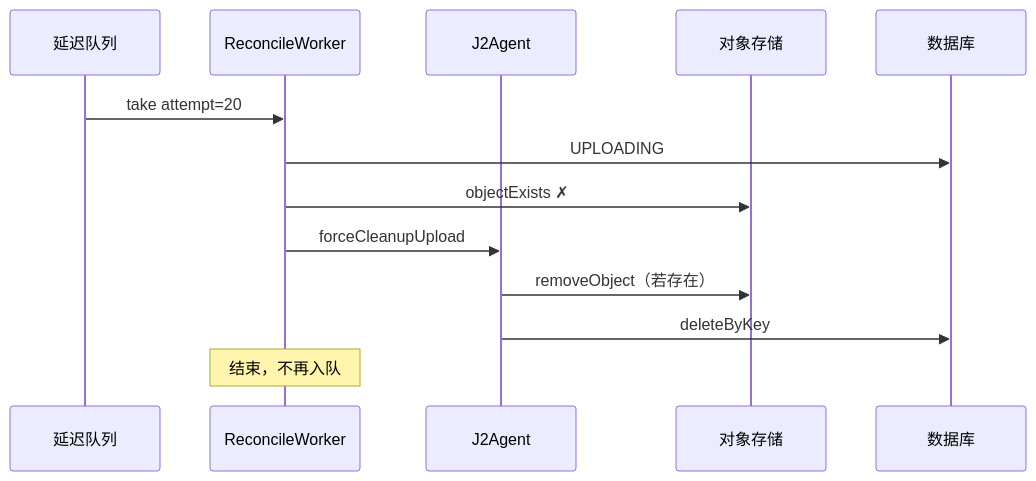
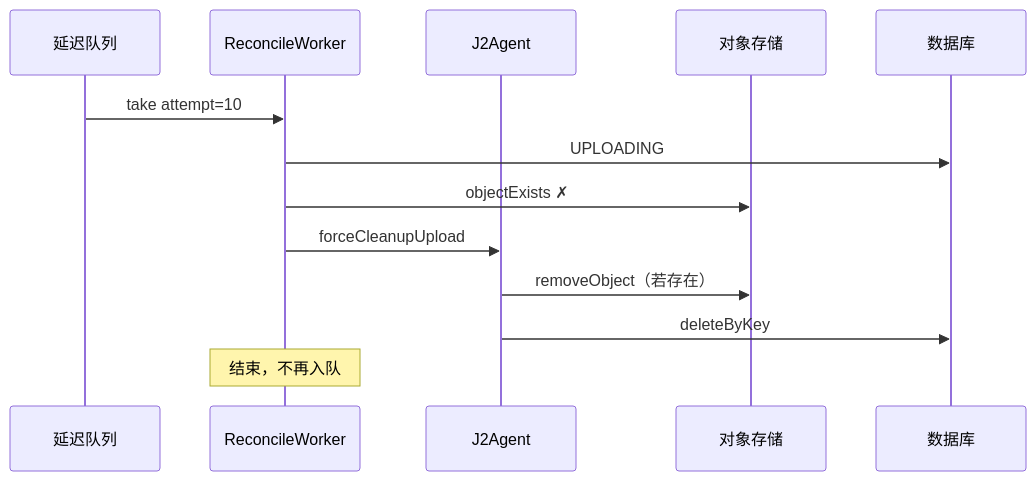
The seventh of 9 diagrams in 平台/文件管理与对象存储/README.md (j2agent-ai/j2agent-docs), drawn with Mermaid before and after one commit. The commit also changed other lines of this file, not shown here.

````diff
--- a/平台/文件管理与对象存储/README.md
+++ b/平台/文件管理与对象存储/README.md
@@ -366,16 +369,16 @@
 ```mermaid
 sequenceDiagram
     participant Queue as 延迟队列
     participant Worker as ReconcileWorker
     participant API as J2Agent
     participant OSS as 对象存储
     participant DB as 数据库
 
-    Queue->>Worker: take attempt=20
+    Queue->>Worker: take attempt=10
     Worker->>DB: UPLOADING
     Worker->>OSS: objectExists ✗
     Worker->>API: forceCleanupUpload
     API->>OSS: removeObject（若存在）
     API->>DB: deleteByKey
     Note over Worker: 结束，不再入队
 ```
````
